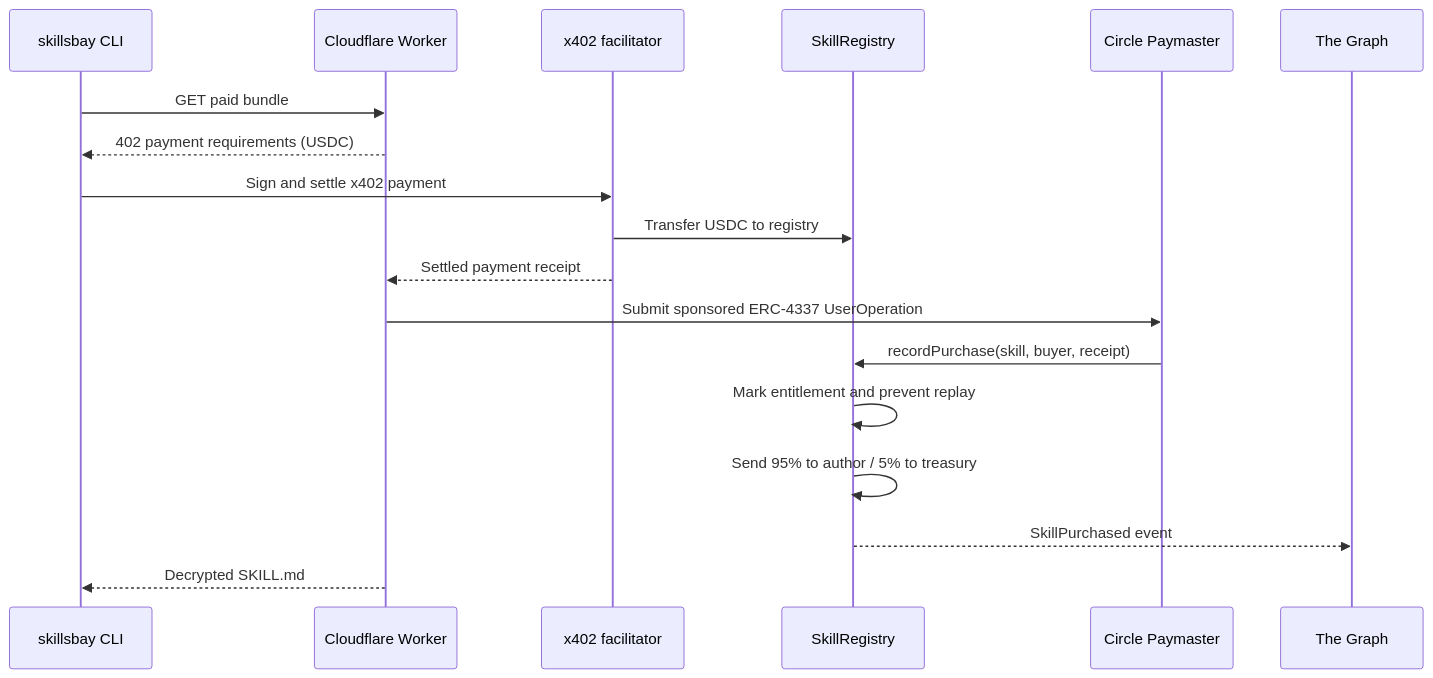
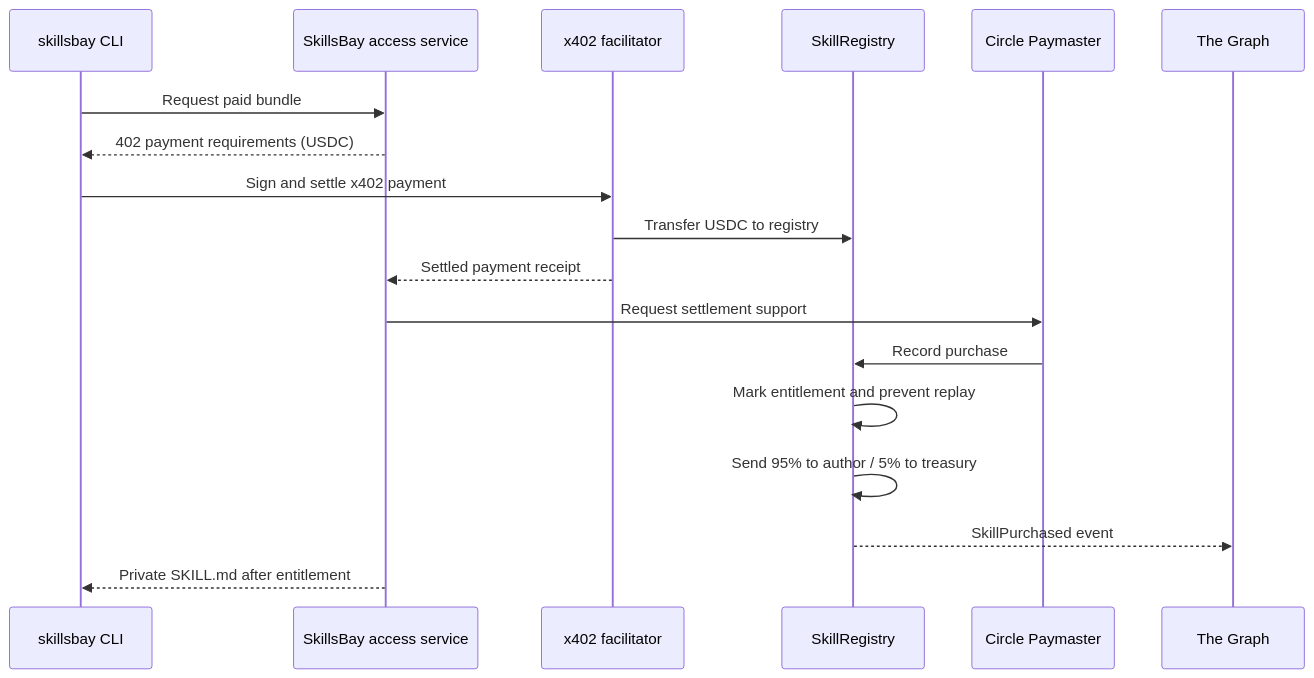
Before and after one commit to georgekarapi/skillsbay: the second of 5 diagrams in README.md, drawn with Mermaid. The commit also changed other lines of this file and 9 other files, not shown here.

````diff
--- a/README.md
+++ b/README.md
@@ -35,21 +35,21 @@
 ```mermaid
 sequenceDiagram
   participant C as skillsbay CLI
-  participant W as Cloudflare Worker
+  participant A as SkillsBay access service
   participant F as x402 facilitator
   participant R as SkillRegistry
   participant P as Circle Paymaster
   participant G as The Graph
 
-  C->>W: GET paid bundle
-  W-->>C: 402 payment requirements (USDC)
+  C->>A: Request paid bundle
+  A-->>C: 402 payment requirements (USDC)
   C->>F: Sign and settle x402 payment
   F->>R: Transfer USDC to registry
-  F-->>W: Settled payment receipt
-  W->>P: Submit sponsored ERC-4337 UserOperation
-  P->>R: recordPurchase(skill, buyer, receipt)
+  F-->>A: Settled payment receipt
+  A->>P: Request settlement support
+  P->>R: Record purchase
   R->>R: Mark entitlement and prevent replay
   R->>R: Send 95% to author / 5% to treasury
   R-->>G: SkillPurchased event
-  W-->>C: Decrypted SKILL.md
+  A-->>C: Private SKILL.md after entitlement
 ```
````
